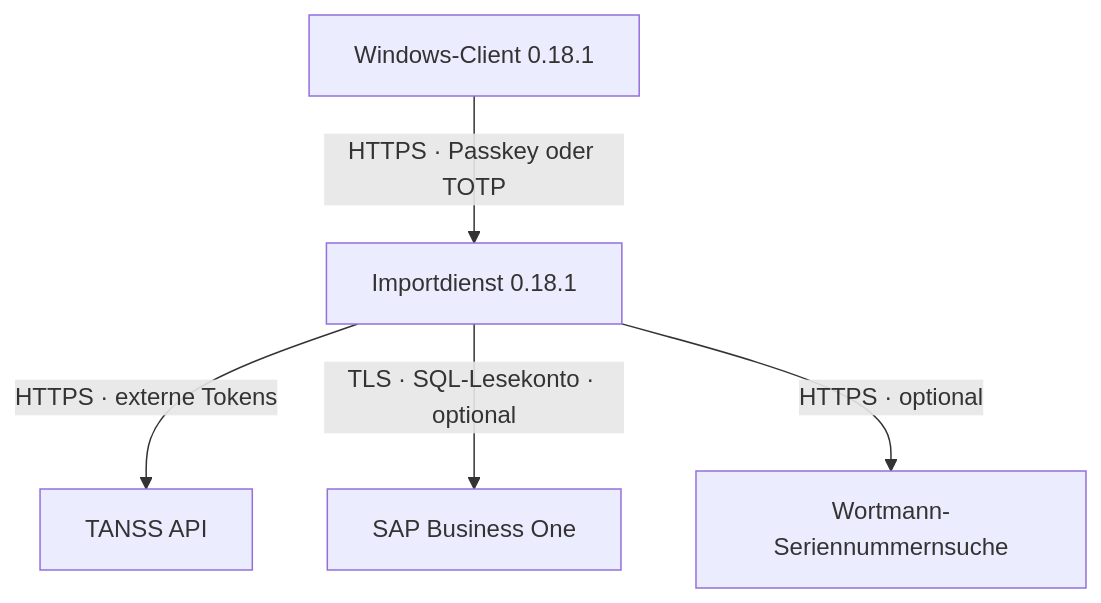
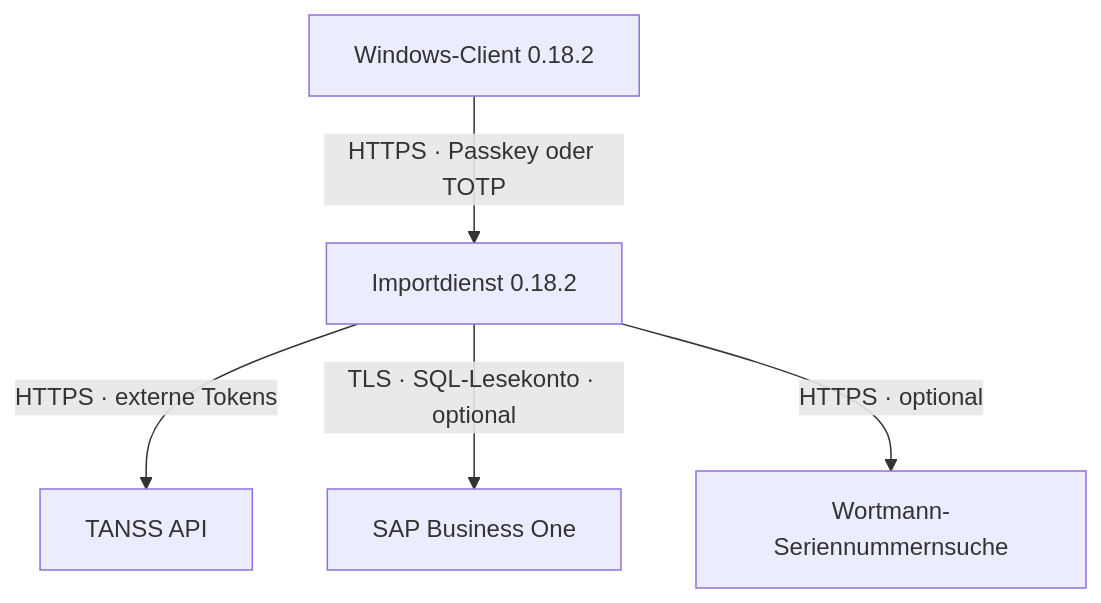
Before and after one commit to kellykiller/tanss-device-import-public: the first of 2 diagrams in docs/TECHNISCHE_DOKUMENTATION.md, drawn with Mermaid. The commit also changed other lines of this file and 15 other files, not shown here.

````diff
--- a/docs/TECHNISCHE_DOKUMENTATION.md
+++ b/docs/TECHNISCHE_DOKUMENTATION.md
@@ -16,7 +16,7 @@
 ```mermaid
 flowchart TD
-    A["Windows-Client 0.18.1"] -->|"HTTPS · Passkey oder TOTP"| B["Importdienst 0.18.1"]
+    A["Windows-Client 0.18.2"] -->|"HTTPS · Passkey oder TOTP"| B["Importdienst 0.18.2"]
     B -->|"HTTPS · externe Tokens"| C["TANSS API"]
     B -->|"TLS · SQL-Lesekonto · optional"| D["SAP Business One"]
     B -->|"HTTPS · optional"| E["Wortmann-Seriennummernsuche"]
 ```
````
